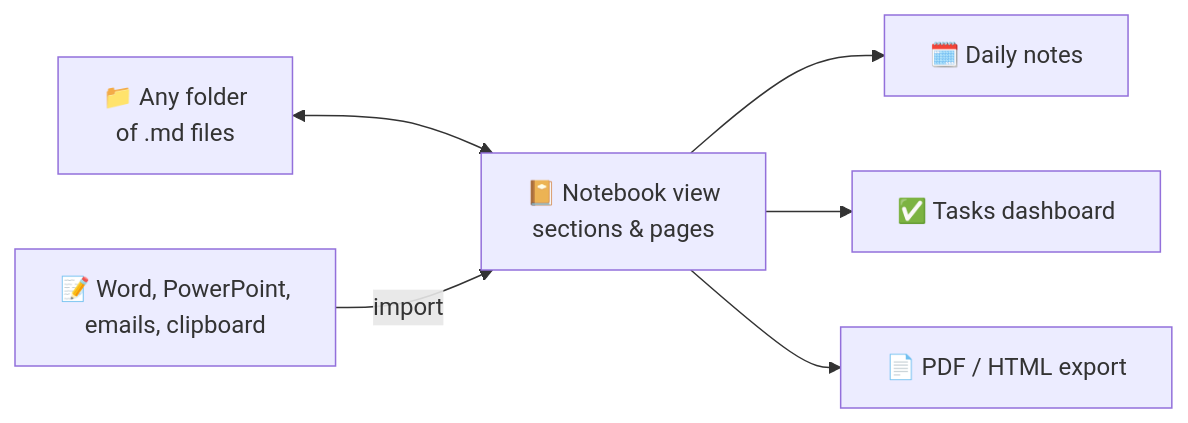
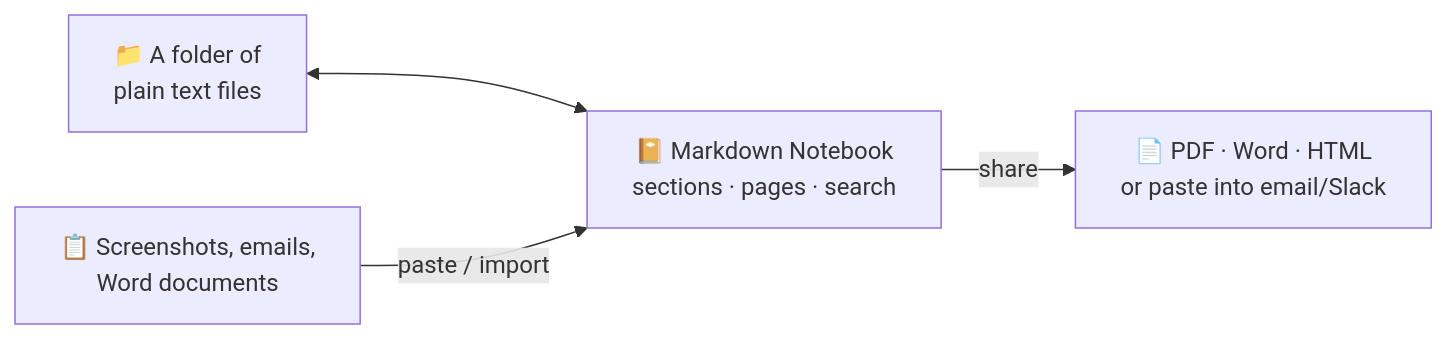
The diagram in README.md (srector13/Developer-Dashboard), drawn with Mermaid before and after one commit. The commit also changed other lines of this file, not shown here.

First line of the commit message:
Rewrite README for the desktop app, focused on features in plain language

````diff
--- a/README.md
+++ b/README.md
@@ -9,8 +9,6 @@
 ```mermaid
 flowchart LR
-    folder["📁 Any folder<br/>of .md files"] <--> view["📔 Notebook view<br/>sections & pages"]
-    view --> daily["🗓️ Daily notes"]
-    view --> tasks["✅ Tasks dashboard"]
-    view --> pdf["📄 PDF / HTML export"]
-    docs["📝 Word, PowerPoint,<br/>emails, clipboard"] -->|import| view
+    folder["📁 A folder of<br/>plain text files"] <--> app["📔 Markdown Notebook<br/>sections · pages · search"]
+    paste["📋 Screenshots, emails,<br/>Word documents"] -->|paste / import| app
+    app -->|share| out["📄 PDF · Word · HTML<br/>or paste into email/Slack"]
 ```
````
